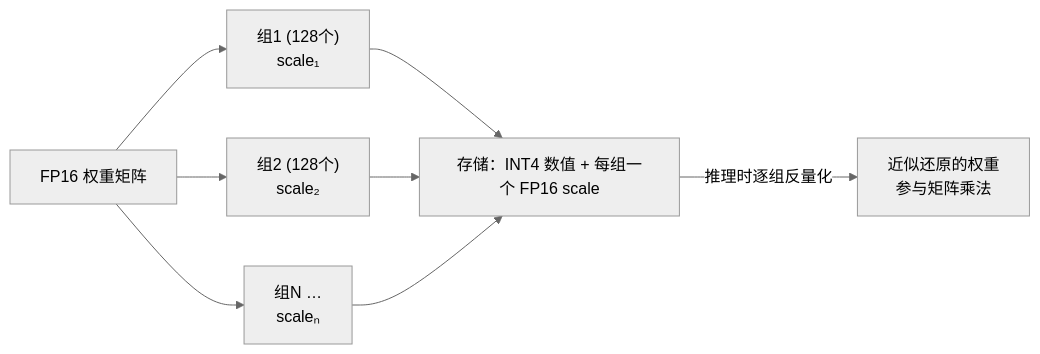
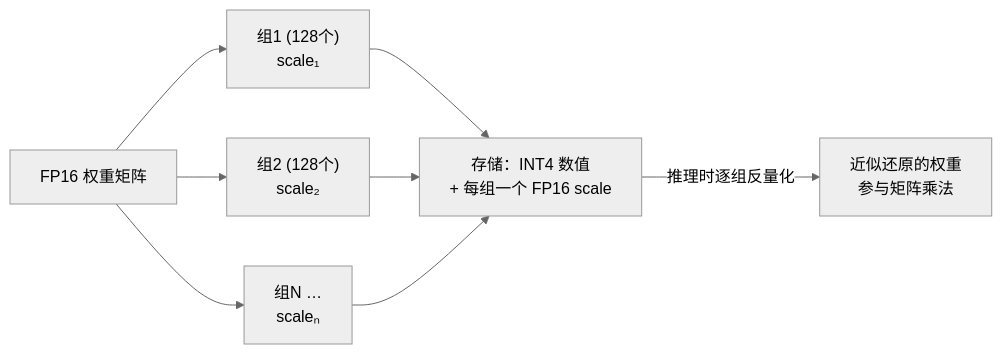
Before and after one commit to geekchow/technical-knowledge: the diagram in raw/fp16-int4-quantization.md, drawn with Mermaid (neutral theme). The commit also changed 9 other files, not shown here.

Commit message:
fix mermaid label store issue.

````diff
--- a/raw/fp16-int4-quantization.md
+++ b/raw/fp16-int4-quantization.md
@@ -64,6 +64,6 @@
 ```mermaid
 flowchart LR
     W["FP16 权重矩阵"] --> G1["组1 (128个)<br/>scale₁"] & G2["组2 (128个)<br/>scale₂"] & G3["组N …<br/>scaleₙ"]
-    G1 & G2 & G3 --> S["存储：INT4 数值 + 每组一个 FP16 scale"]
+    G1 & G2 & G3 --> S["存储：INT4 数值<br/>+ 每组一个 FP16 scale"]
     S -->|推理时逐组反量化| M["近似还原的权重<br/>参与矩阵乘法"]
 ```
````
